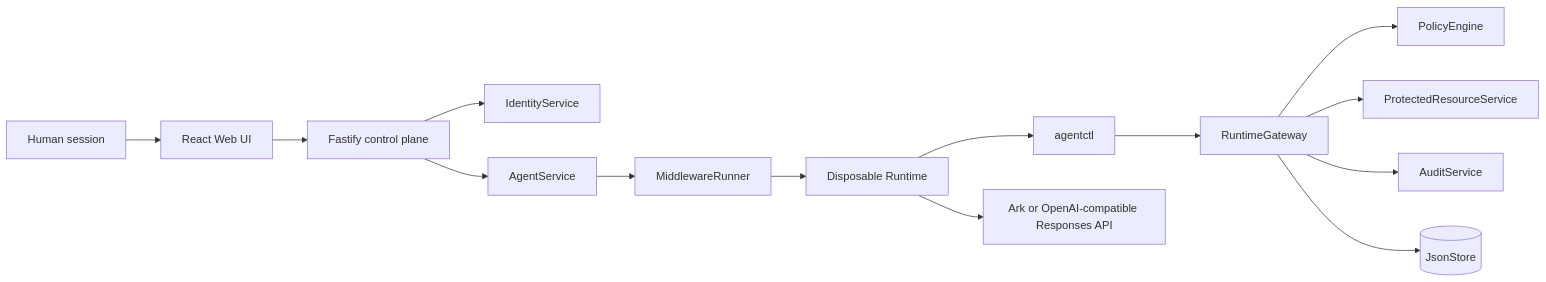
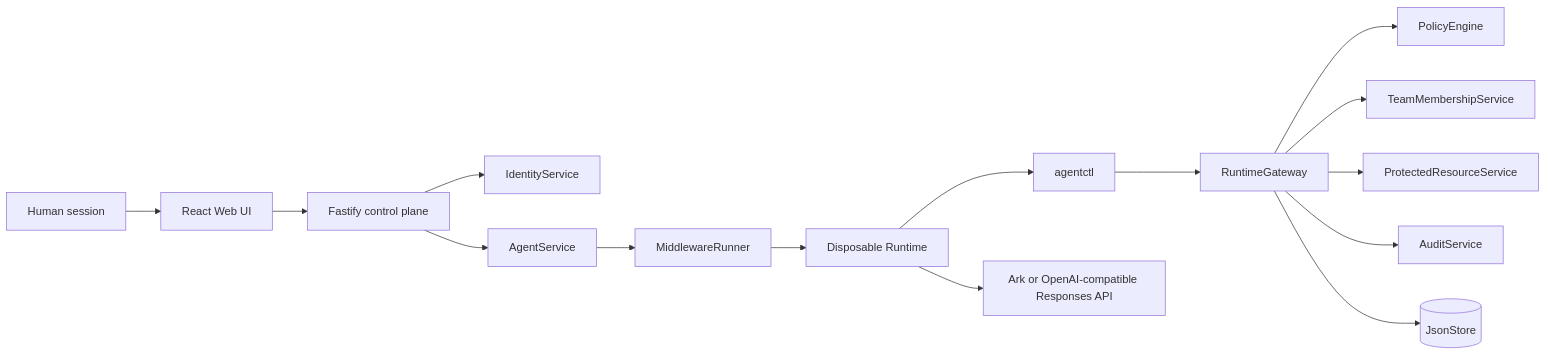
The diagram in docs/agentgate/architecture.md (CloudKai/NawGate), drawn with Mermaid before and after one commit. The commit also changed other lines of this file and 26 other files, not shown here.

````diff
--- a/docs/agentgate/architecture.md
+++ b/docs/agentgate/architecture.md
@@ -3,16 +3,17 @@
 ```mermaid
 flowchart LR
   Human[Human session] --> UI[React Web UI]
   UI --> API[Fastify control plane]
   API --> Identity[IdentityService]
   API --> Agents[AgentService]
   Agents --> Runner[MiddlewareRunner]
   Runner --> Runtime[Disposable Runtime]
   Runtime --> CLI[agentctl]
   CLI --> Gateway[RuntimeGateway]
   Gateway --> Policy[PolicyEngine]
+  Gateway --> Memberships[TeamMembershipService]
   Gateway --> Resources[ProtectedResourceService]
   Gateway --> Audit[AuditService]
   Gateway --> Store[(JsonStore)]
   Runtime --> Provider[Ark or OpenAI-compatible Responses API]
 ```
````
